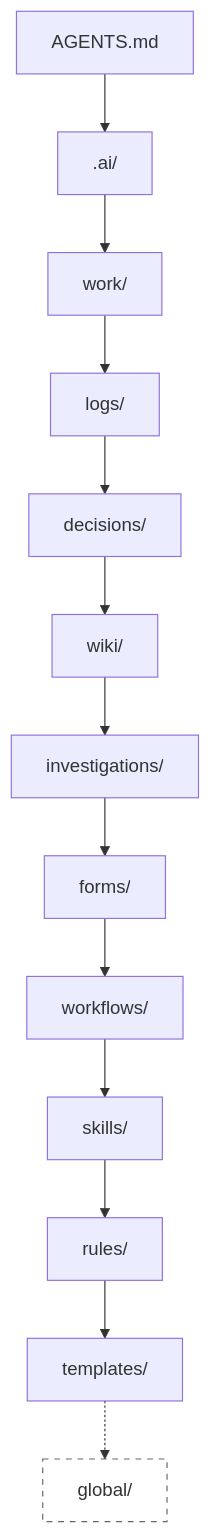
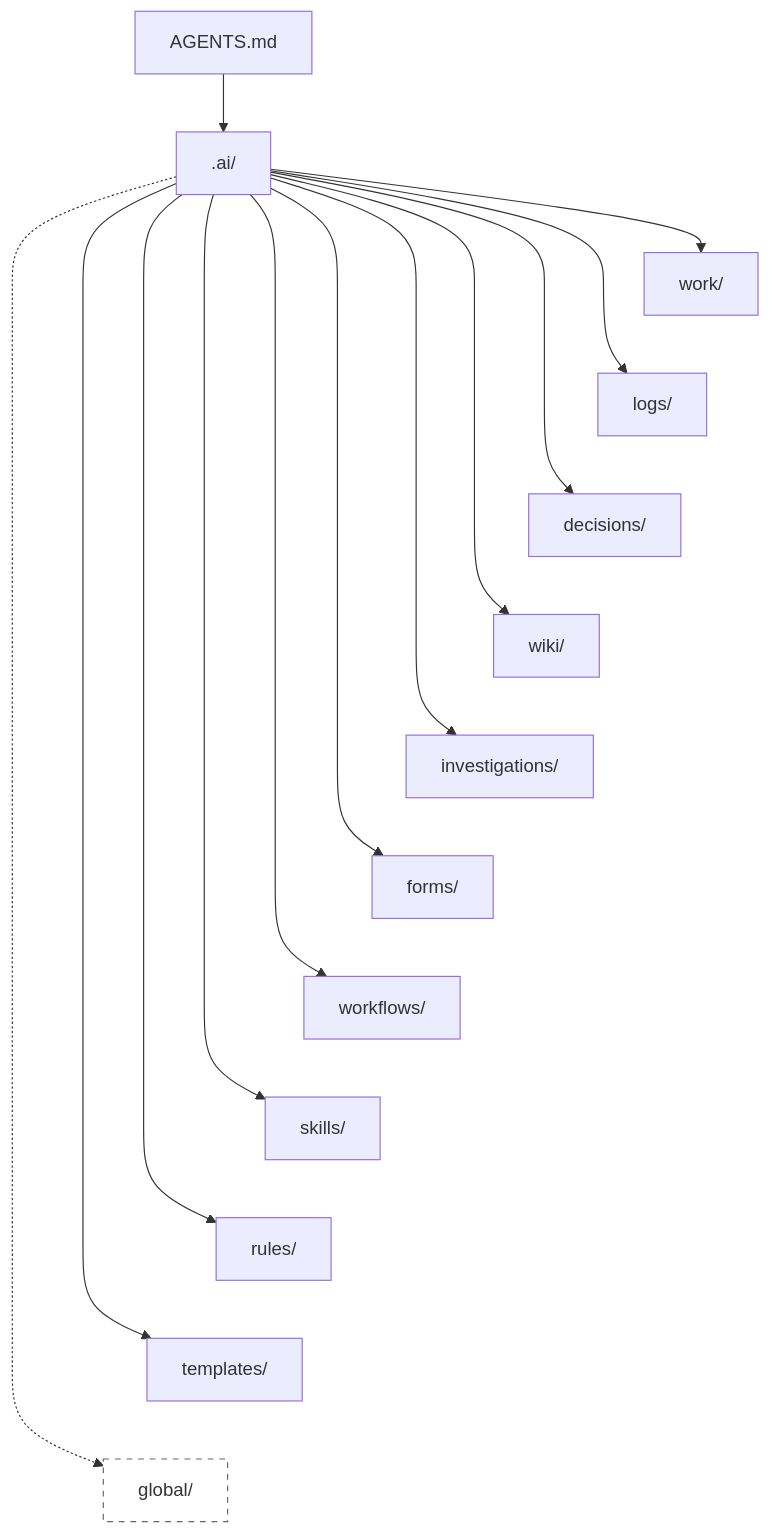
One commit to marcosrdac/gamk changed the first of 2 diagrams in README.md. Above: the diagram before and after it, drawn with Mermaid. The commit also changed other lines of this file and 3 other files, not shown here.

````diff
--- a/README.md
+++ b/README.md
@@ -22,7 +22,18 @@
 ```mermaid
 flowchart TD
     A["AGENTS.md"] --> M[".ai/"]
-    M --> W["work/"] --> L["logs/"] --> D["decisions/"] --> K["wiki/"] --> I["investigations/"] --> F["forms/"] --> P["workflows/"] --> S["skills/"] --> R["rules/"] --> T["templates/"]
-    T -.-> G["global/"]
+    M --> W["work/"]
+    M --> L["logs/"]
+    M --> D["decisions/"]
+    M --> K["wiki/"]
+    M --> I["investigations/"]
+    M --> F["forms/"]
+    M --> P["workflows/"]
+    M --> S["skills/"]
+    M --> R["rules/"]
+    M --> T["templates/"]
+    M -.-> G["global/"]
+
+    W ~~~ L ~~~ D ~~~ K ~~~ I ~~~ F ~~~ P ~~~ S ~~~ R ~~~ T ~~~ G
     style G fill:transparent,stroke:#666,stroke-dasharray: 5 5
 ```
````
